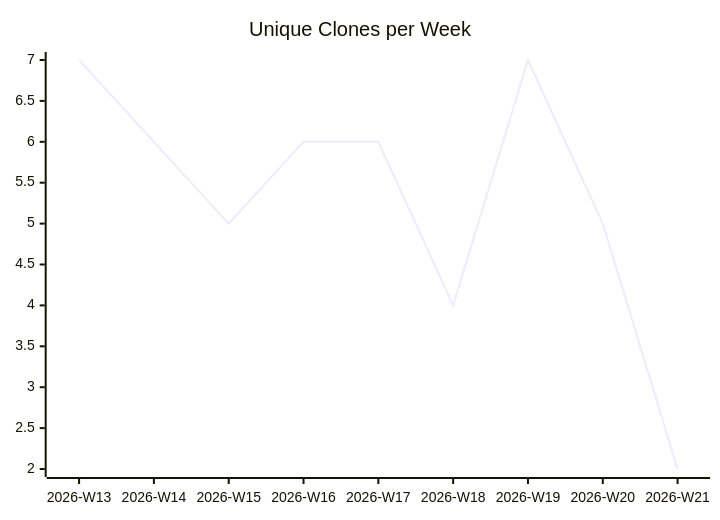
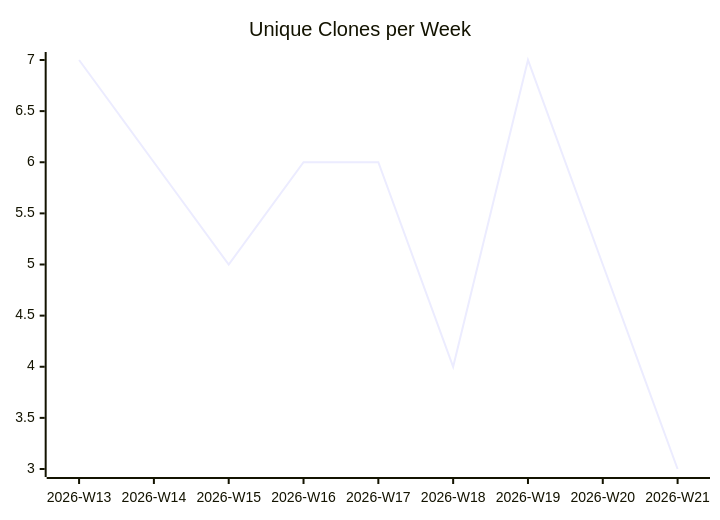
One commit to justdavis-family/github-analytics-data changed the third of 3 diagrams in karlmdavis/lego-ev3dev-rs/README.md. Above: the diagram before and after it, drawn with Mermaid. The commit also changed other lines of this file and 189 other files, not shown here.

````diff
--- a/karlmdavis/lego-ev3dev-rs/README.md
+++ b/karlmdavis/lego-ev3dev-rs/README.md
@@ -19,6 +19,6 @@
 ```mermaid
 xychart-beta
   title "Unique Clones per Week"
   x-axis ["2026-W13", "2026-W14", "2026-W15", "2026-W16", "2026-W17", "2026-W18", "2026-W19", "2026-W20", "2026-W21"]
-  line [7, 6, 5, 6, 6, 4, 7, 5, 2]
+  line [7, 6, 5, 6, 6, 4, 7, 5, 3]
 ```
````
